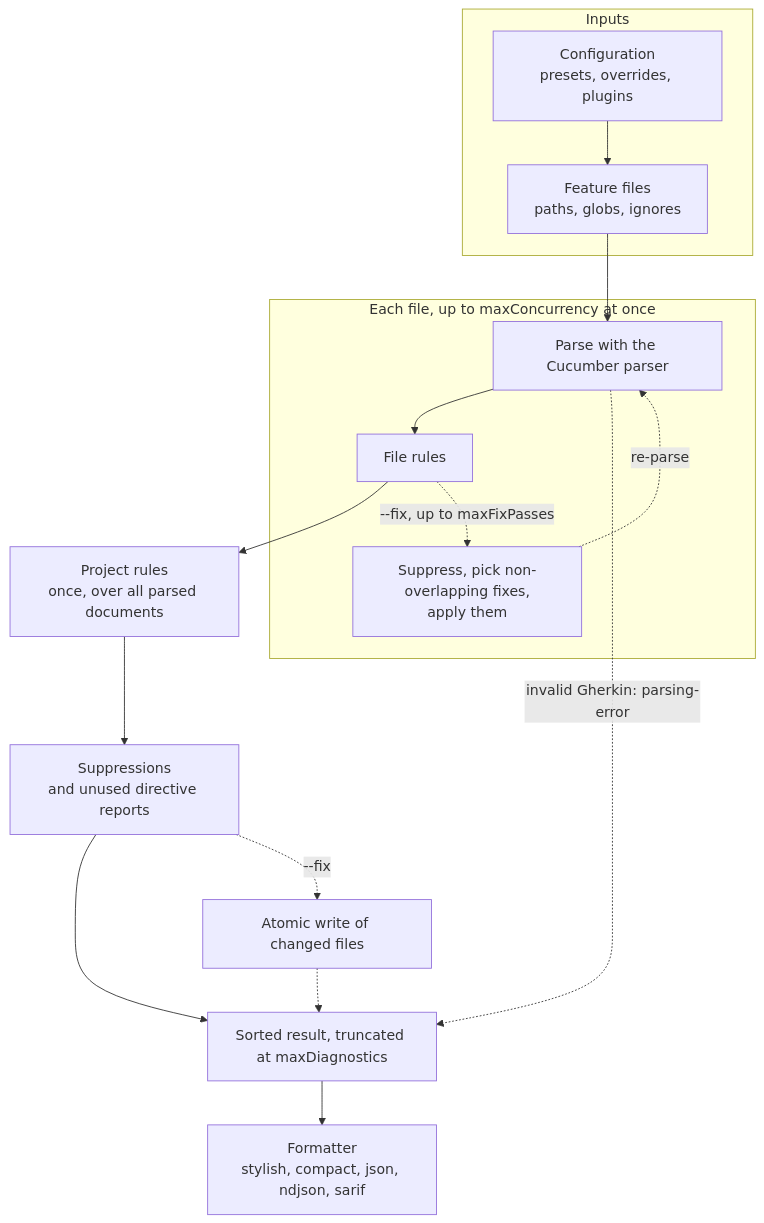
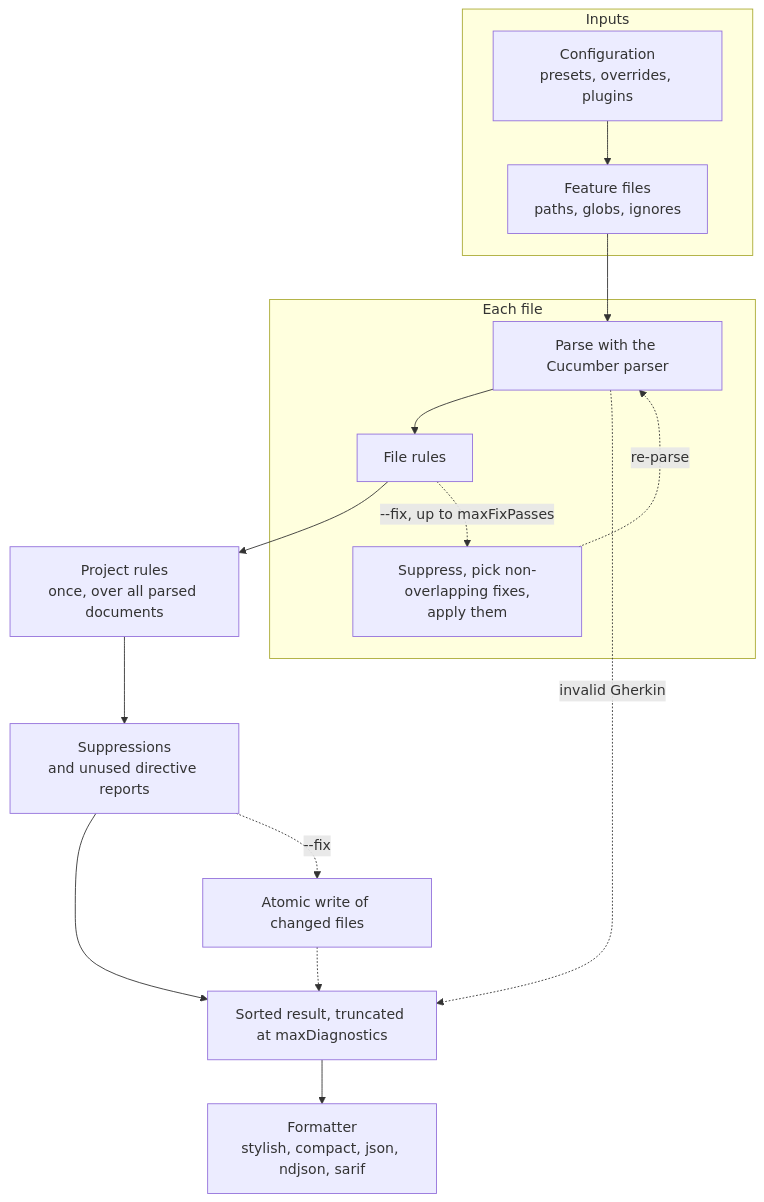
The diagram in docs/architecture.md (hamzahamidi/gherkin-refine), drawn with Mermaid before and after one commit. The commit also changed other lines of this file and 6 other files, not shown here.

First line of the commit message:
docs: run the typed plugin example in CI and fix clipped diagram labels (#29)

````diff
--- a/docs/architecture.md
+++ b/docs/architecture.md
@@ -5,32 +5,32 @@
 ```mermaid
 flowchart TB
   subgraph inputs [Inputs]
     config["Configuration<br/>presets, overrides, plugins"]
     files["Feature files<br/>paths, globs, ignores"]
   end
 
-  subgraph each ["Each file, up to maxConcurrency at once"]
+  subgraph each ["Each file"]
     parse["Parse with the Cucumber parser"]
     fileRules["File rules"]
     fixPass["Suppress, pick non-overlapping fixes,<br/>apply them"]
   end
 
   projectRules["Project rules<br/>once, over all parsed documents"]
   suppress["Suppressions<br/>and unused directive reports"]
   write["Atomic write of changed files"]
   result["Sorted result, truncated at maxDiagnostics"]
   formatter["Formatter<br/>stylish, compact, json, ndjson, sarif"]
 
   config --> files
   files --> parse
   parse --> fileRules
   fileRules --> projectRules
   fileRules -. "--fix, up to maxFixPasses" .-> fixPass
   fixPass -. "re-parse" .-> parse
-  parse -. "invalid Gherkin: parsing-error" .-> result
+  parse -. "invalid Gherkin" .-> result
   projectRules --> suppress
   suppress --> result
   suppress -. "--fix" .-> write
   write -.-> result
   result --> formatter
 ```
````
